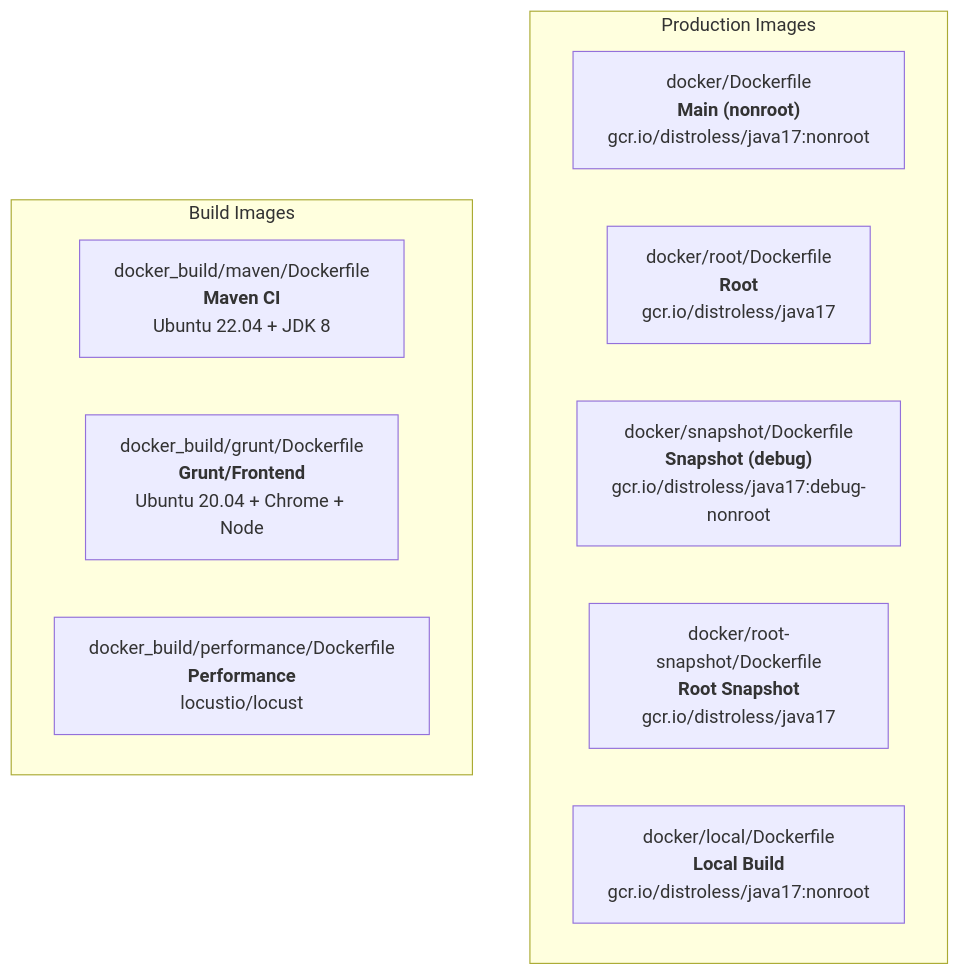
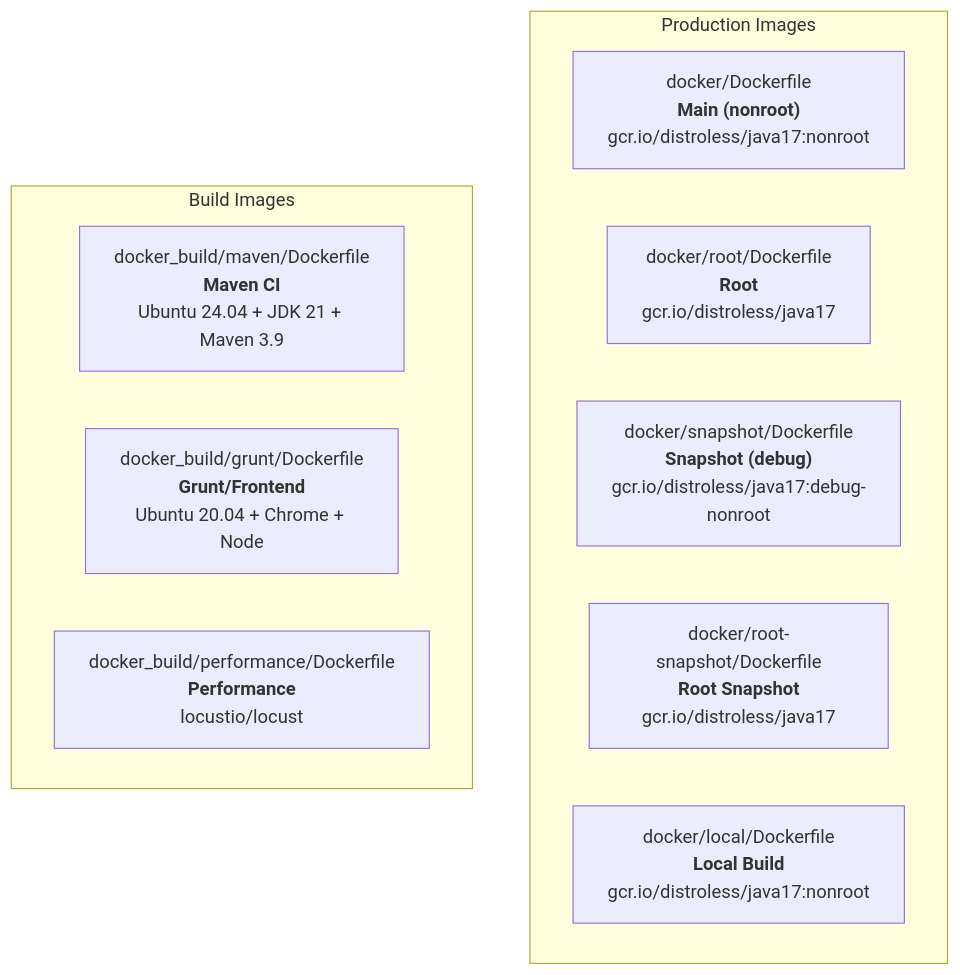
Before and after one commit to mock-server/mockserver: the first of 3 diagrams in docs/infrastructure/docker.md, drawn with Mermaid. The commit also changed other lines of this file and 13 other files, not shown here.

First line of the commit message:
Modernise Maven CI image to JDK 21 and fix Buildkite build #3247

````diff
--- a/docs/infrastructure/docker.md
+++ b/docs/infrastructure/docker.md
@@ -7,16 +7,16 @@
 ```mermaid
 graph TB
     subgraph "Production Images"
         MAIN["docker/Dockerfile<br/><b>Main (nonroot)</b><br/>gcr.io/distroless/java17:nonroot"]
         ROOT["docker/root/Dockerfile<br/><b>Root</b><br/>gcr.io/distroless/java17"]
         SNAP["docker/snapshot/Dockerfile<br/><b>Snapshot (debug)</b><br/>gcr.io/distroless/java17:debug-nonroot"]
         RSNAP["docker/root-snapshot/Dockerfile<br/><b>Root Snapshot</b><br/>gcr.io/distroless/java17"]
         LOCAL["docker/local/Dockerfile<br/><b>Local Build</b><br/>gcr.io/distroless/java17:nonroot"]
     end
 
     subgraph "Build Images"
-        MVN["docker_build/maven/Dockerfile<br/><b>Maven CI</b><br/>Ubuntu 22.04 + JDK 8"]
+        MVN["docker_build/maven/Dockerfile<br/><b>Maven CI</b><br/>Ubuntu 24.04 + JDK 21 + Maven 3.9"]
         GRUNT["docker_build/grunt/Dockerfile<br/><b>Grunt/Frontend</b><br/>Ubuntu 20.04 + Chrome + Node"]
         PERF["docker_build/performance/Dockerfile<br/><b>Performance</b><br/>locustio/locust"]
     end
 ```
````
